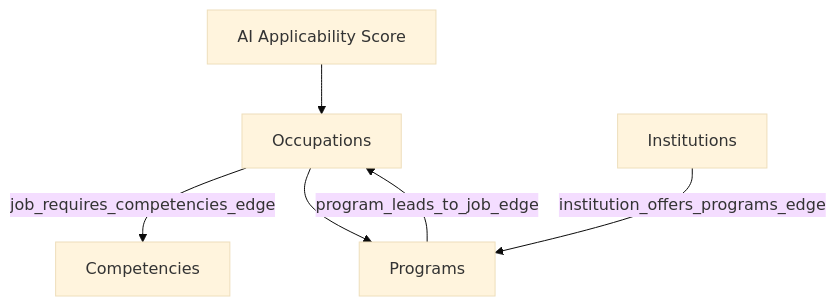
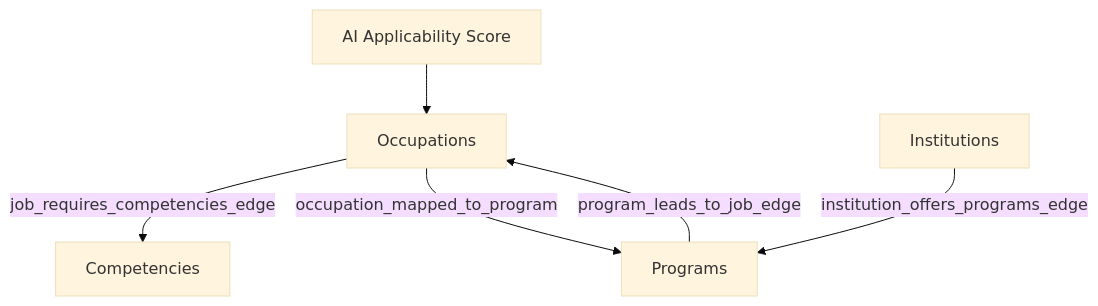
The diagram in docs/data_model.md (DamjiStratton/ed_workforce_navigator), drawn with Mermaid (base theme) before and after one commit.

````diff
--- a/docs/data_model.md
+++ b/docs/data_model.md
@@ -7,14 +7,14 @@
 ```mermaid
 graph TD
     A[Competencies]
     B[Occupations]
     C[AI Applicability Score]
     D[Programs]
     E[Institutions]
 
     B -- job_requires_competencies_edge --> A
     C --> B
     D -- program_leads_to_job_edge --> B
     E -- institution_offers_programs_edge --> D
-    B --> D
+    B -- occupation_mapped_to_program --> D
 ```
````
